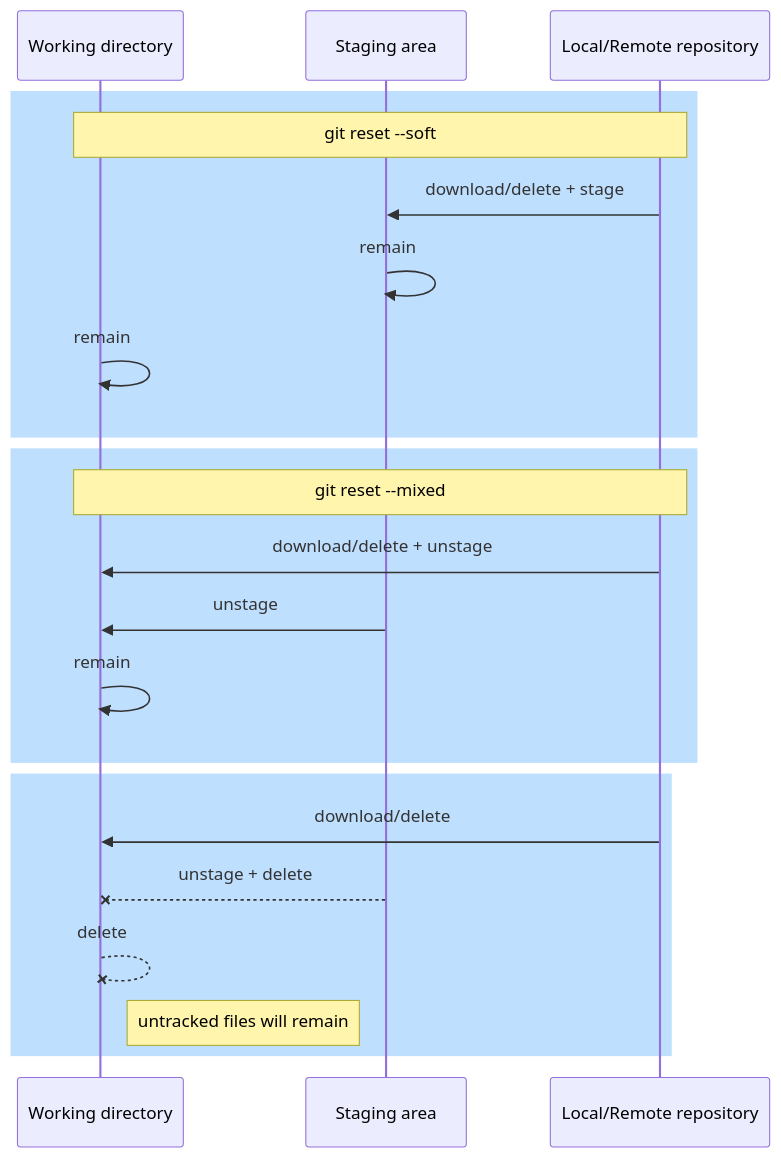
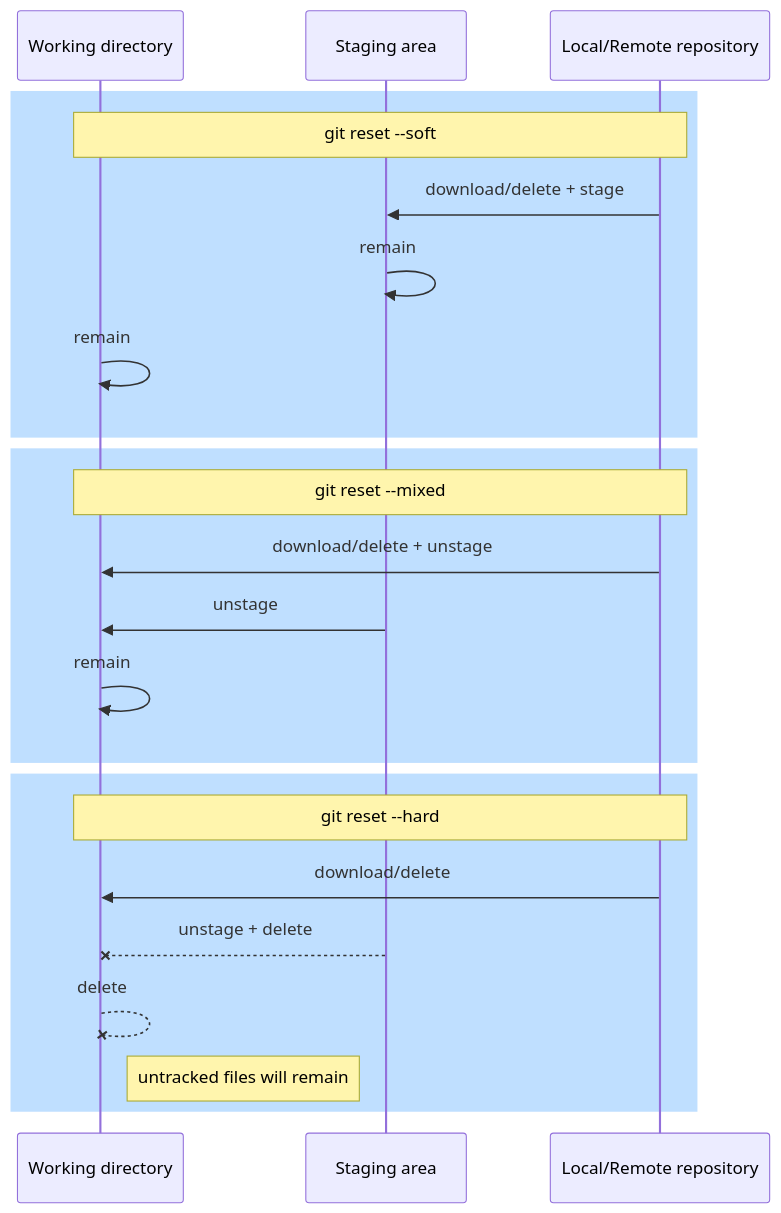
One commit to hablatraining/git-learning changed the third of 10 diagrams in README.md. Above: the diagram before and after it, drawn with Mermaid. The commit also changed other lines of this file and 1 other file, not shown here.

Commit message:
Add some remote sections and mermaid graphs

````diff
--- a/README.md
+++ b/README.md
@@ -264,24 +317,25 @@
 ```mermaid
 sequenceDiagram
     participant w as Working directory
     participant s as Staging area
     participant r as Local/Remote repository
     rect rgb(191, 223, 255)
     note over w,r: git reset --soft
     r->>s: download/delete + stage
     s->>s: remain
     w->>w: remain
     end
     rect rgb(191, 223, 255)
     note over w,r: git reset --mixed
     r->>w: download/delete + unstage
     s->>w: unstage
     w->>w: remain
     end
     rect rgb(191, 223, 255)
+    note over w,r: git reset --hard
     r->>w: download/delete
     s--xw: unstage + delete
     w--xw: delete
     note right of w: untracked files will remain
     end
 ```
````
